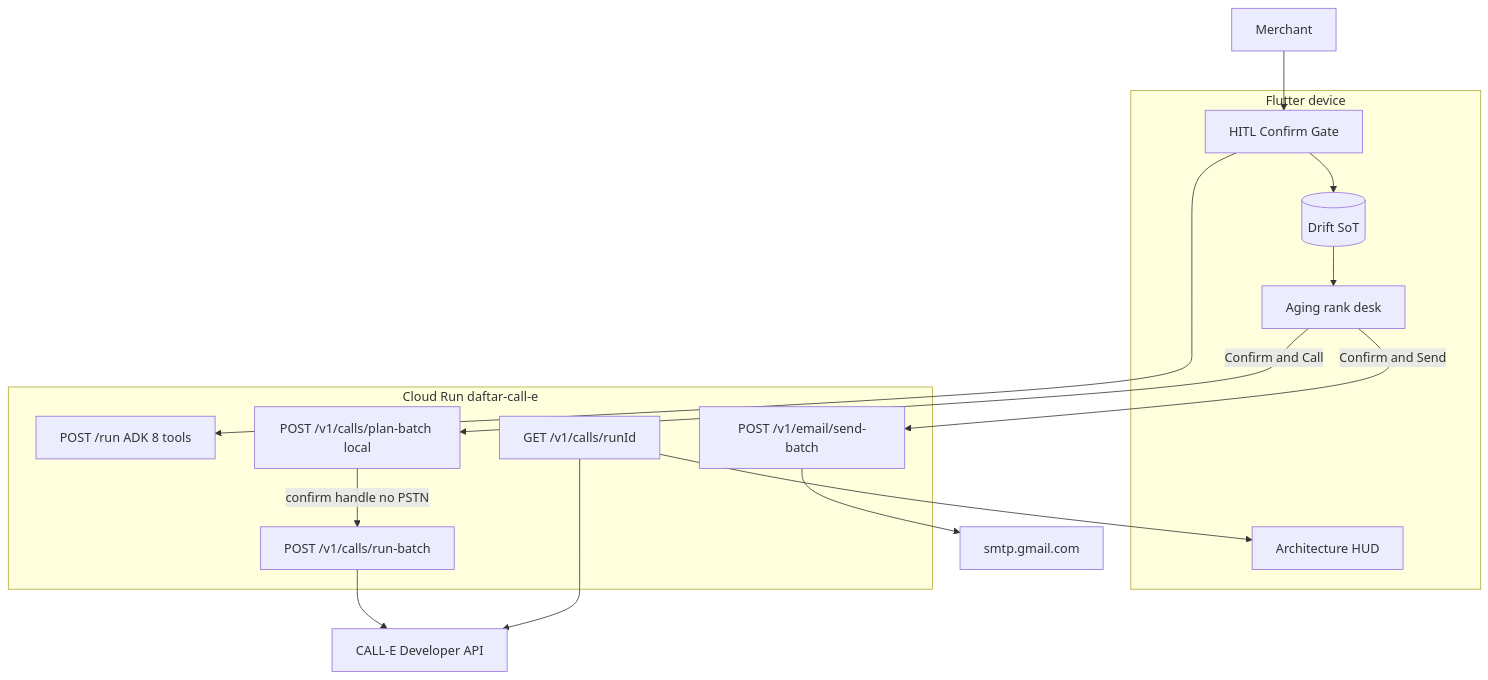
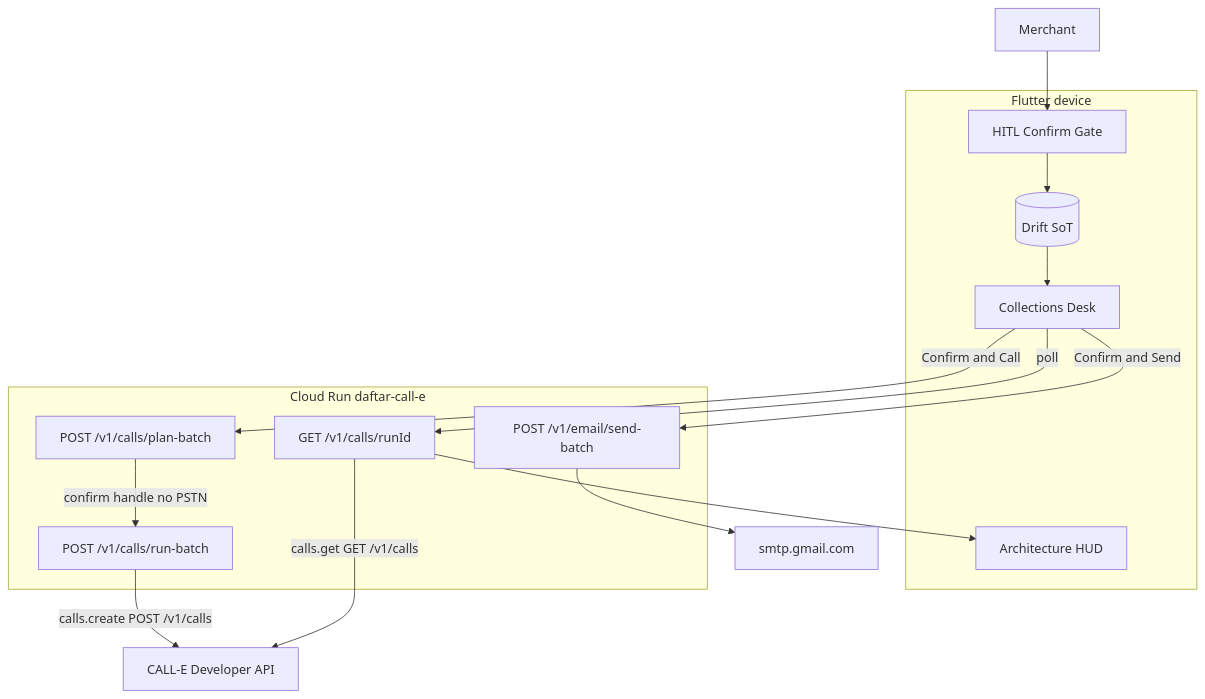
The first of 2 diagrams in docs/architecture/contest_architecture.md (akrmcodes/daftar-call-e), drawn with Mermaid before and after one commit. The commit also changed other lines of this file and 3 other files, not shown here.

````diff
--- a/docs/architecture/contest_architecture.md
+++ b/docs/architecture/contest_architecture.md
@@ -34,29 +28,29 @@
 ```mermaid
 flowchart TB
+  merchant[Merchant]
   subgraph device [Flutter device]
     hitl[HITL Confirm Gate]
     drift[(Drift SoT)]
-    desk[Aging rank desk]
+    desk[Collections Desk]
     hud[Architecture HUD]
     hitl --> drift
     drift --> desk
   end
   subgraph cloud [Cloud Run daftar-call-e]
-    run["POST /run ADK 8 tools"]
-    plan["POST /v1/calls/plan-batch local"]
+    plan["POST /v1/calls/plan-batch"]
     create["POST /v1/calls/run-batch"]
     poll["GET /v1/calls/runId"]
     send["POST /v1/email/send-batch"]
   end
   calle["CALL-E Developer API"]
   smtp[smtp.gmail.com]
-  merchant[Merchant] --> hitl
-  hitl --> run
+  merchant --> hitl
   desk -->|"Confirm and Call"| plan
   plan -->|"confirm handle no PSTN"| create
-  create --> calle
-  poll --> calle
+  create -->|"calls.create POST /v1/calls"| calle
+  desk -->|"poll"| poll
+  poll -->|"calls.get GET /v1/calls"| calle
   poll --> hud
   desk -->|"Confirm and Send"| send
   send --> smtp
 ```
````
